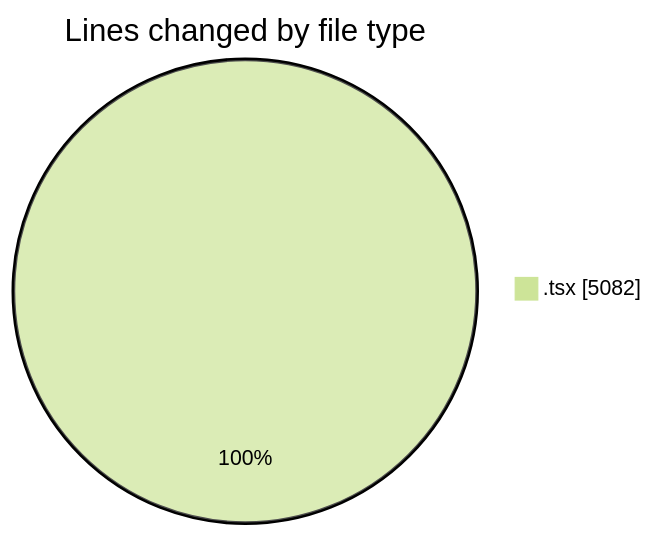
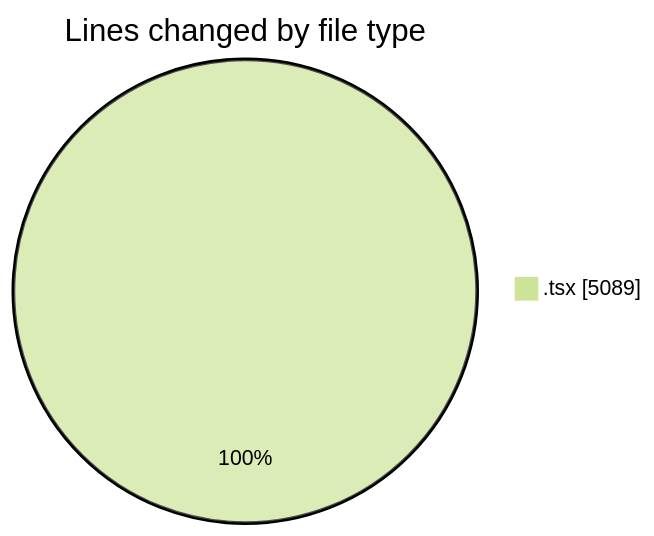
The first of 2 diagrams in 2026-06-23/nxtqube_webapp/README.md (nxtqubesakshisongat/code-tracking), drawn with Mermaid (forest theme) before and after one commit. The commit also changed other lines of this file and 1 other file, not shown here.

````diff
--- a/2026-06-23/nxtqube_webapp/README.md
+++ b/2026-06-23/nxtqube_webapp/README.md
@@ -23,5 +23,5 @@
 ```mermaid
 pie showData
 title Lines changed by file type
-".tsx" : 5082
+".tsx" : 5089
 ```
````
